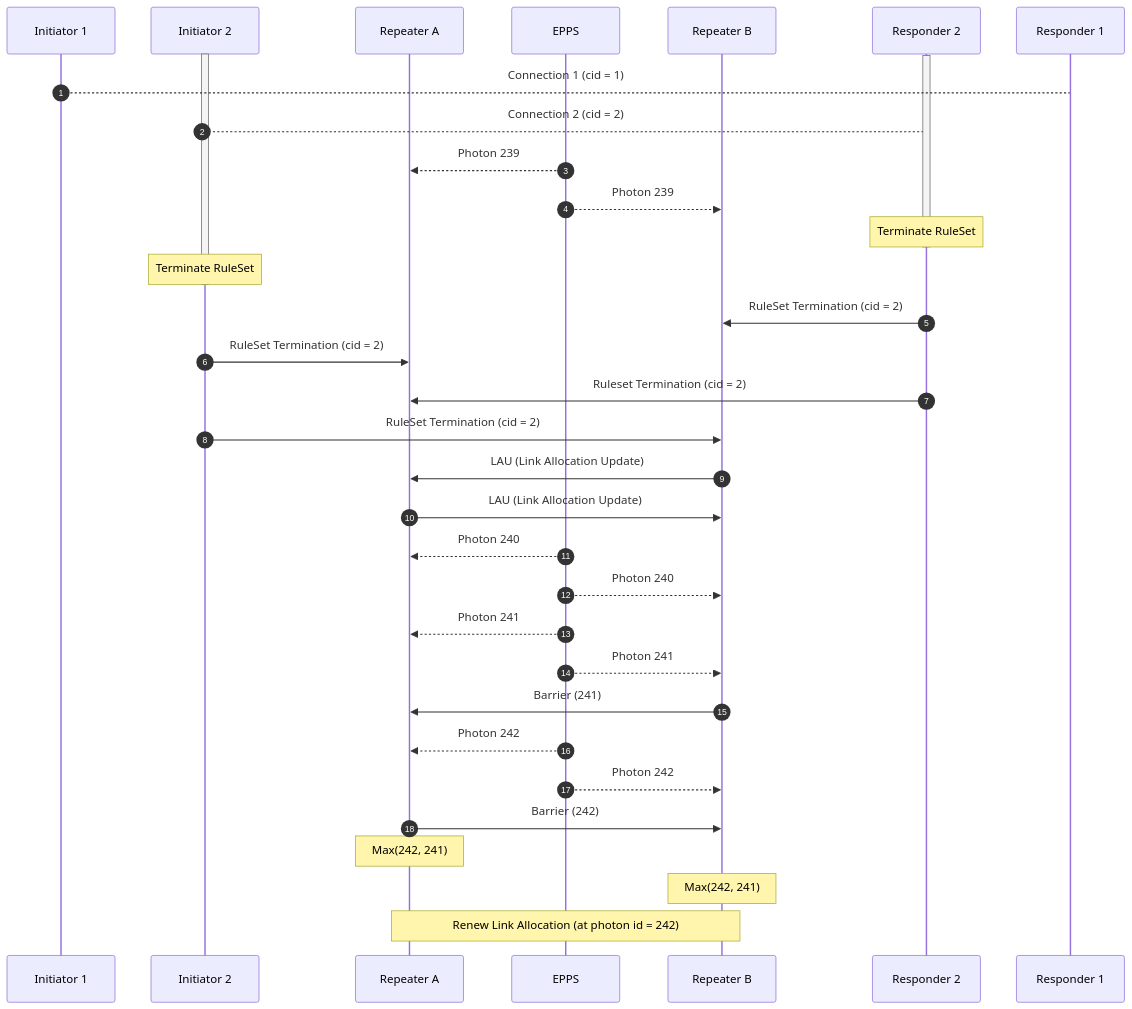
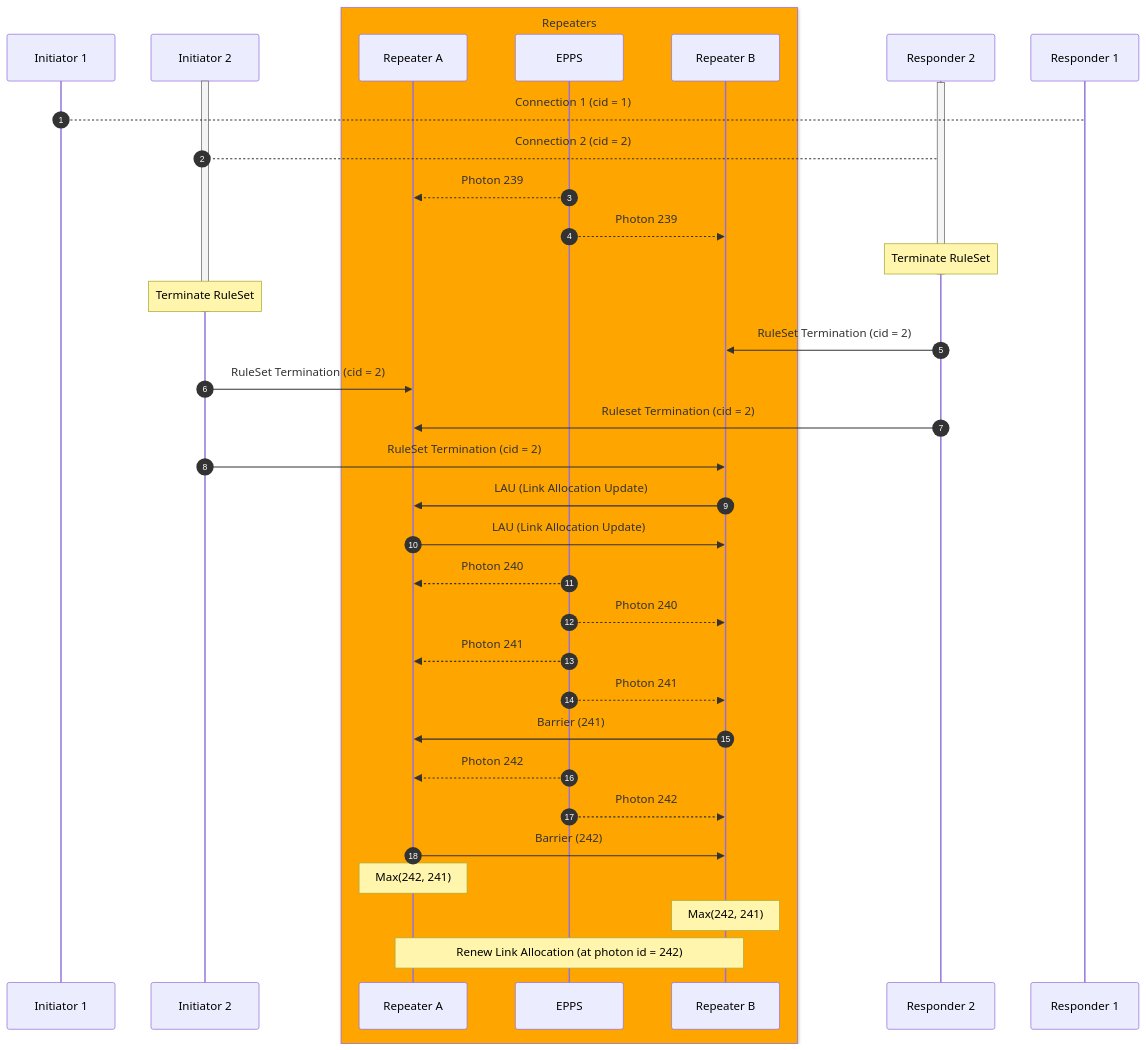
The sixth of 6 diagrams in 2.1.1.ConnectionSetup.md (sfc-aqua/RuleSetSpec), drawn with Mermaid before and after one commit. The commit also changed other lines of this file and 1 other file, not shown here.

Commit message:
added discussions

````diff
--- a/2.1.1.ConnectionSetup.md
+++ b/2.1.1.ConnectionSetup.md
@@ -366,57 +366,59 @@
 ```mermaid
 sequenceDiagram
     autonumber
     %% Participants in the path
     participant i1 as Initiator 1
-    participant i2 as Initiator 2 
+    participant i2 as Initiator 2
+    Box Orange Repeaters 
     participant ra as Repeater A
     participant epps as EPPS
     participant rb as Repeater B
+    end
     participant r2 as Responder 2
     participant r1 as Responder 1
 
     activate i2
     activate r2
 
     %% Connection between initiator and responder
     i1 --> r1: Connection 1 (cid = 1)
     i2 --> r2: Connection 2 (cid = 2)
     
 
     %% Keep generating Bell pairs
     epps -->> ra: Photon 239
     epps -->> rb: Photon 239
     
     %% Start Termination
     Note over r2: Terminate RuleSet
     deactivate r2
     Note over i2: Terminate RuleSet
     deactivate i2
 
     %% Notify RuleSet Termination
     r2 ->> rb: RuleSet Termination (cid = 2)
     i2 ->> ra: RuleSet Termination (cid = 2)
     r2 ->> ra: Ruleset Termination (cid = 2)
     i2 ->> rb: RuleSet Termination (cid = 2)
     rb ->> ra: LAU (Link Allocation Update)
     ra ->> rb: LAU (Link Allocation Update)
     
     epps -->> ra: Photon 240
     epps -->> rb: Photon 240
 
     epps -->> ra: Photon 241
     epps -->> rb: Photon 241
 
     rb ->> ra: Barrier (241)
 
     epps -->> ra: Photon 242
     epps -->> rb: Photon 242
 
     ra ->> rb: Barrier (242)
 
     Note over ra: Max(242, 241)
     Note over rb: Max(242, 241)
 
     Note over ra, rb: Renew Link Allocation (at photon id = 242)
 
 ```
````
